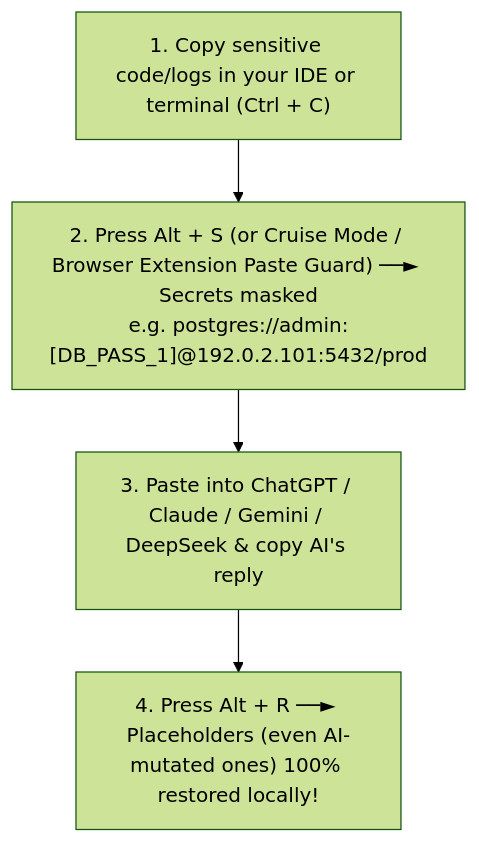
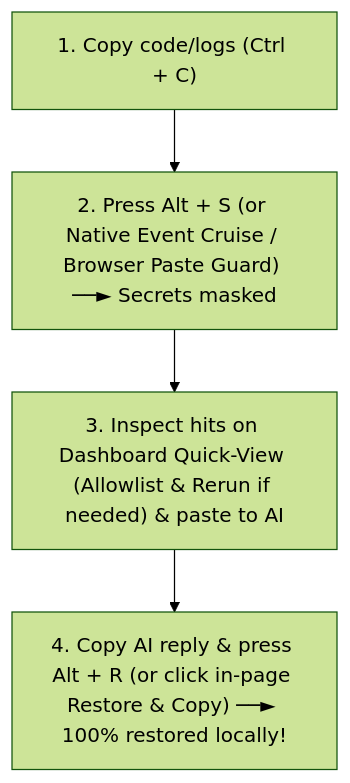
The diagram in README.md (HsooiDev/ai-privacy-sanitizer), drawn with Mermaid (forest theme) before and after one commit. The commit also changed other lines of this file and 32 other files, not shown here.

````diff
--- a/README.md
+++ b/README.md
@@ -61,6 +61,6 @@
 ```mermaid
 flowchart TD
-    A["1. Copy sensitive code/logs in your IDE or terminal (Ctrl + C)"] --> B["2. Press Alt + S (or Cruise Mode / Browser Extension Paste Guard) ──► Secrets masked<br/>e.g. postgres://admin:[DB_PASS_1]@192.0.2.101:5432/prod"]
-    B --> C["3. Paste into ChatGPT / Claude / Gemini / DeepSeek & copy AI's reply"]
-    C --> D["4. Press Alt + R ──► Placeholders (even AI-mutated ones) 100% restored locally!"]
+    A["1. Copy code/logs (Ctrl + C)"] --> B["2. Press Alt + S (or Native Event Cruise / Browser Paste Guard) ──► Secrets masked"]
+    B --> C["3. Inspect hits on Dashboard Quick-View (Allowlist & Rerun if needed) & paste to AI"]
+    C --> D["4. Copy AI reply & press Alt + R (or click in-page Restore & Copy) ──► 100% restored locally!"]
 ```
````
